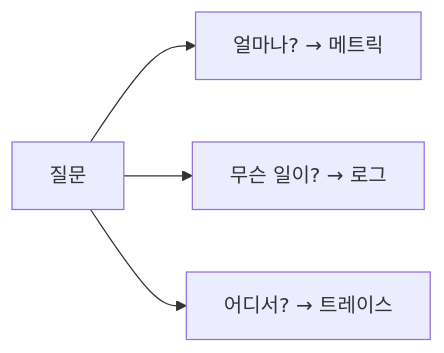
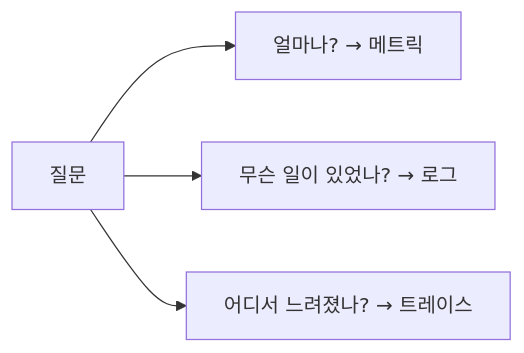
Before and after one commit to yeongseon-books/book-content: the diagram in content/observability-101/ko/02-metric-log-trace.md, drawn with Mermaid. The commit also changed other lines of this file and 9 other files, not shown here.

````diff
--- a/content/observability-101/ko/02-metric-log-trace.md
+++ b/content/observability-101/ko/02-metric-log-trace.md
@@ -55,6 +49,6 @@
 ```mermaid
 flowchart LR
     Q["질문"] --> M["얼마나? → 메트릭"]
-    Q --> L["무슨 일이? → 로그"]
-    Q --> T["어디서? → 트레이스"]
+    Q --> L["무슨 일이 있었나? → 로그"]
+    Q --> T["어디서 느려졌나? → 트레이스"]
 ```
````
